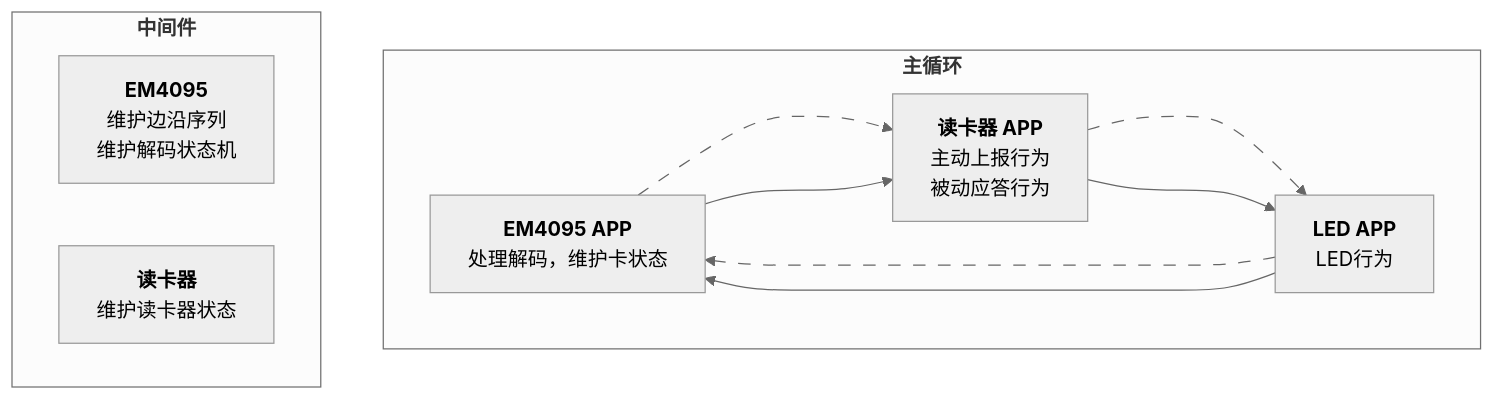
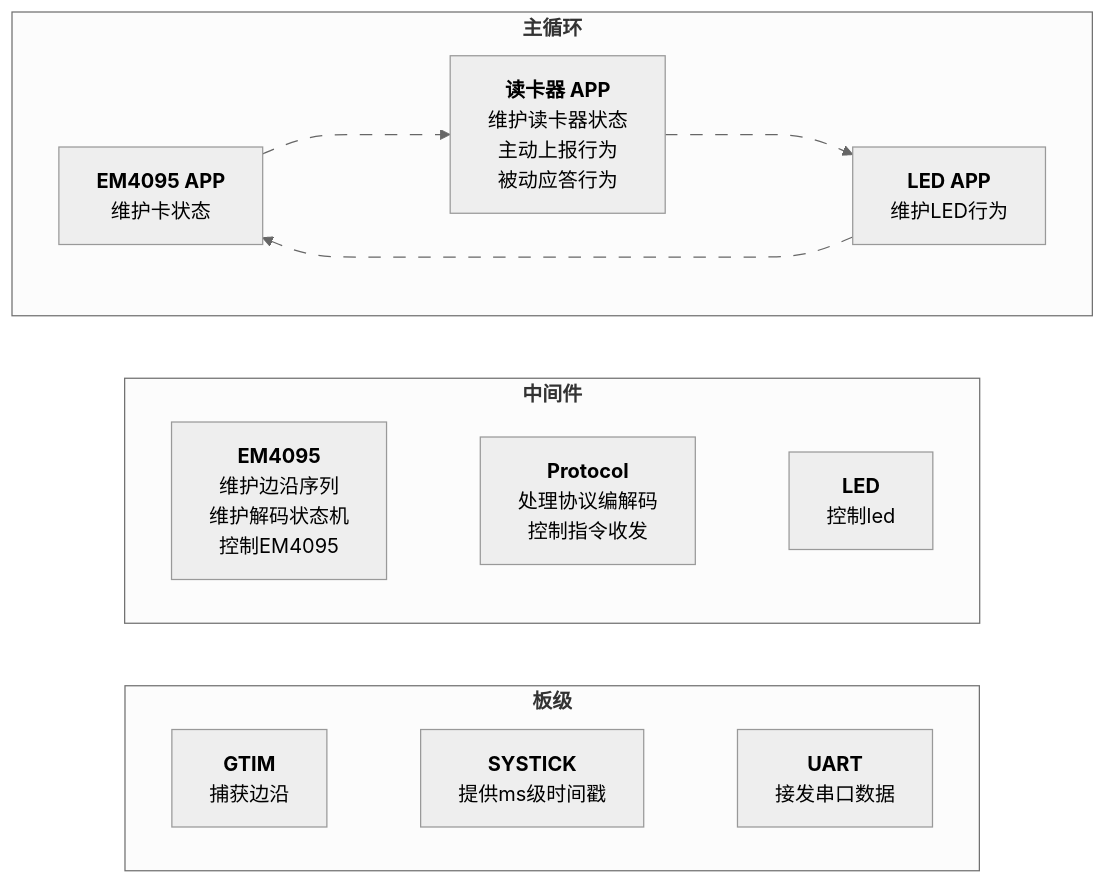
Before and after one commit to Siaiai/ObsidianNote: the sixth of 6 diagrams in 工作/[[SR3读卡器]]/260804SR3框架整理.md, drawn with Mermaid (neutral theme). The commit also changed 1 other file, not shown here.

Commit message:
[自动]笔记同步:2026-08-05 12:26:30 涉及文件个数:2
Affected files:
.obsidian/workspace.json
工作/[[SR3读卡器]]/260804SR3框架整理.md

````diff
--- a/工作/[[SR3读卡器]]/260804SR3框架整理.md
+++ b/工作/[[SR3读卡器]]/260804SR3框架整理.md
@@ -257,42 +257,54 @@
 ```mermaid
 flowchart TB
 	subgraph MAIN["`**主循环**`"]
 		direction LR
 		APP_EM4095["`**EM4095 APP** 
-		处理解码，维护卡状态`"]
+		维护卡状态`"]
 		APP_READER["`**读卡器 APP**
+		维护读卡器状态
 		主动上报行为
 		被动应答行为`"]
 		APP_LED["`**LED APP**
-		LED行为`"]
+		维护LED行为`"]
 		
 		APP_EM4095 e1@---> APP_READER
 		APP_READER e2@---> APP_LED
 		APP_LED e3@---> APP_EM4095
 		
 		classDef animate stroke-dasharray: 10,5,stroke-dashoffset: 5000,animation: dash 25s linear infinite; 
 		class e1 animate
 		class e2 animate
 		class e3 animate
 	end
 	subgraph MID["`**中间件**`"]
 		direction LR
 		MID_EM4095["`**EM4095** 
 		维护边沿序列
-		维护解码状态机`"]
-		MID_READER["`**读卡器**
-		维护读卡器状态`"]
-		APP_LED["`**LED APP**
-		LED行为`"]
+		维护解码状态机
+		控制EM4095`"]
+		MID_READER["`**Protocol**
+		处理协议编解码
+		控制指令收发`"]
+		MID_LED["`**LED**
+		控制led`"]
 		
-		APP_EM4095 e1@---> APP_READER
-		APP_READER e2@---> APP_LED
-		APP_LED e3@---> APP_EM4095
-		
-		classDef animate stroke-dasharray: 10,5,stroke-dashoffset: 5000,animation: dash 25s linear infinite; 
-		class e1 animate
-		class e2 animate
-		class e3 animate
+		MID_EM4095 ~~~ MID_READER
+		MID_READER ~~~ MID_LED
 	end
-	
+	subgraph BSP["`**板级**`"]
+		direction LR
+		BSP_GTIM["`**GTIM**
+		捕获边沿
+		`"]
+		BSP_SYSTICK["`**SYSTICK**
+		提供ms级时间戳
+		`"]
+		BSP_UART["`**UART**
+		接发串口数据
+		`"]
+		BSP_GTIM ~~~ BSP_SYSTICK
+		BSP_SYSTICK ~~~ BSP_UART
+	end
+	MAIN ~~~ MID
+	MID ~~~BSP
 ```
````
